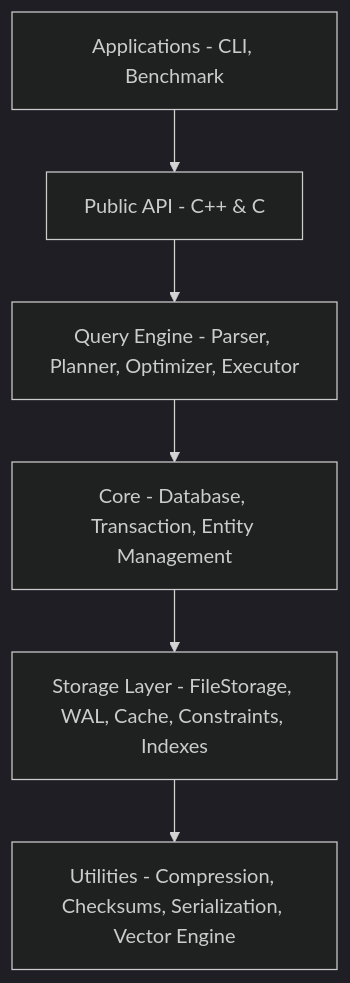
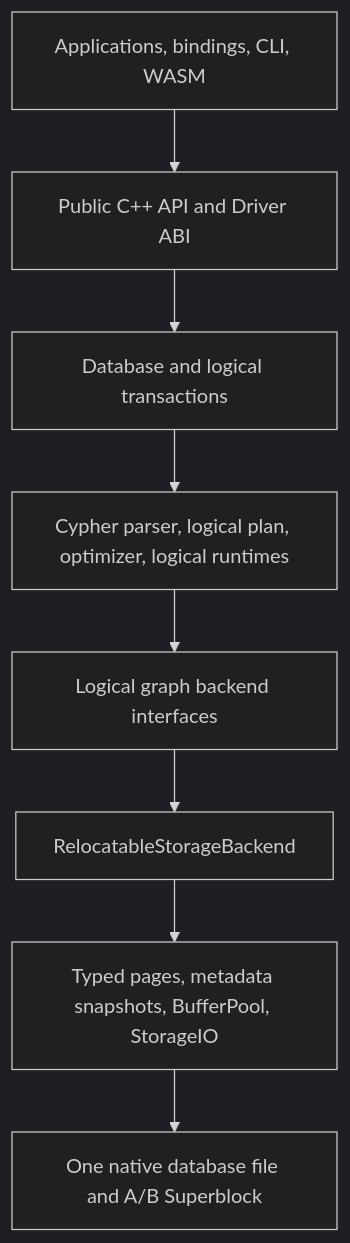
One commit to nexepic/zyx changed the first of 3 diagrams in rules/architecture.md. Above: the diagram before and after it, drawn with Mermaid (dark theme). The commit also changed other lines of this file and 1349 other files, not shown here.

First line of the commit message:
Retire legacy storage and harden native graph persistence

````diff
--- a/rules/architecture.md
+++ b/rules/architecture.md
@@ -5,8 +11,10 @@
 ```mermaid
 graph TD
-    A[Applications - CLI, Benchmark] --> B[Public API - C++ & C]
-    B --> C[Query Engine - Parser, Planner, Optimizer, Executor]
-    C --> D[Core - Database, Transaction, Entity Management]
-    D --> E[Storage Layer - FileStorage, WAL, Cache, Constraints, Indexes]
-    E --> F[Utilities - Compression, Checksums, Serialization, Vector Engine]
+    A["Applications, bindings, CLI, WASM"] --> B["Public C++ API and Driver ABI"]
+    B --> C["Database and logical transactions"]
+    C --> D["Cypher parser, logical plan, optimizer, logical runtimes"]
+    D --> E["Logical graph backend interfaces"]
+    E --> F["RelocatableStorageBackend"]
+    F --> G["Typed pages, metadata snapshots, BufferPool, StorageIO"]
+    G --> H["One native database file and A/B Superblock"]
 ```
````
